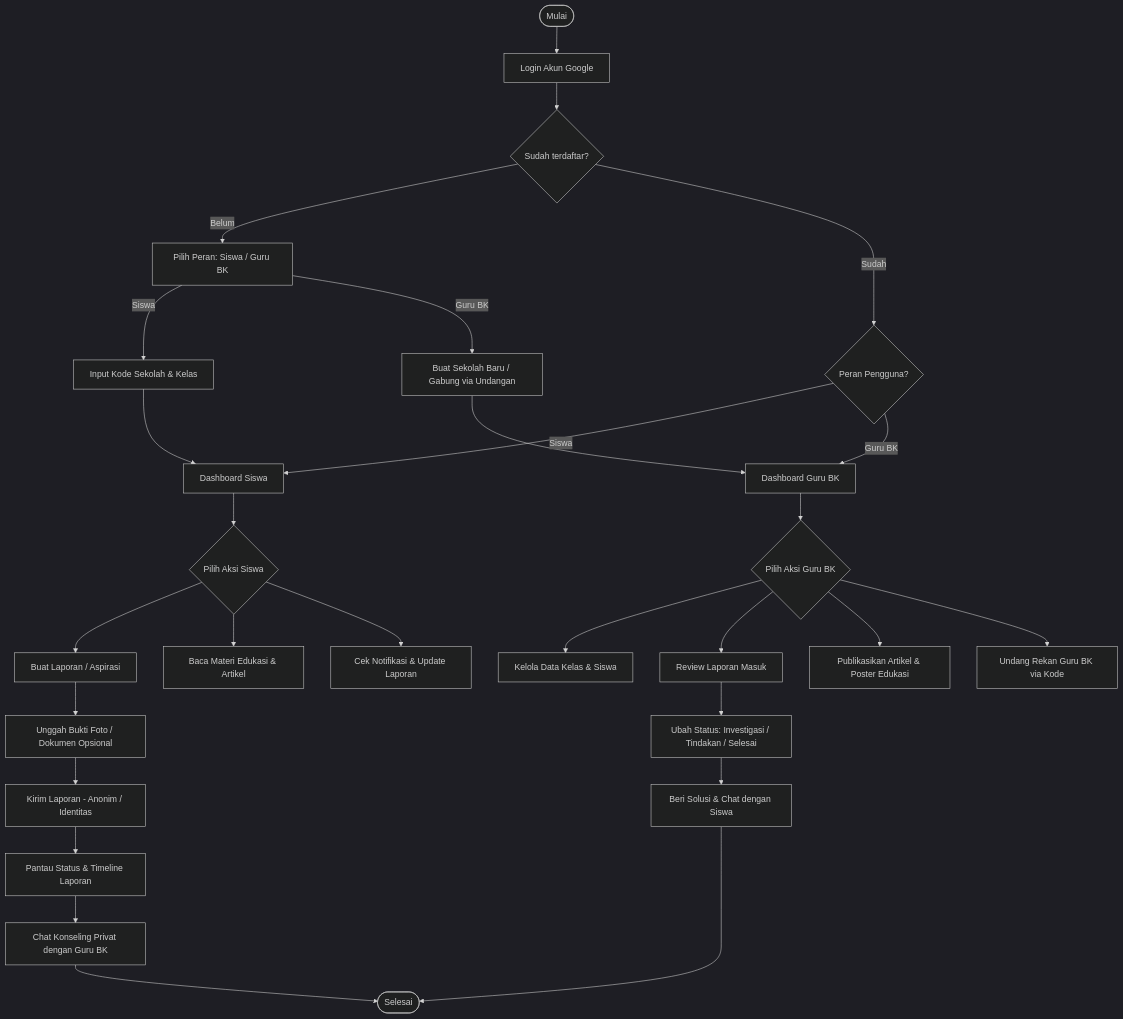
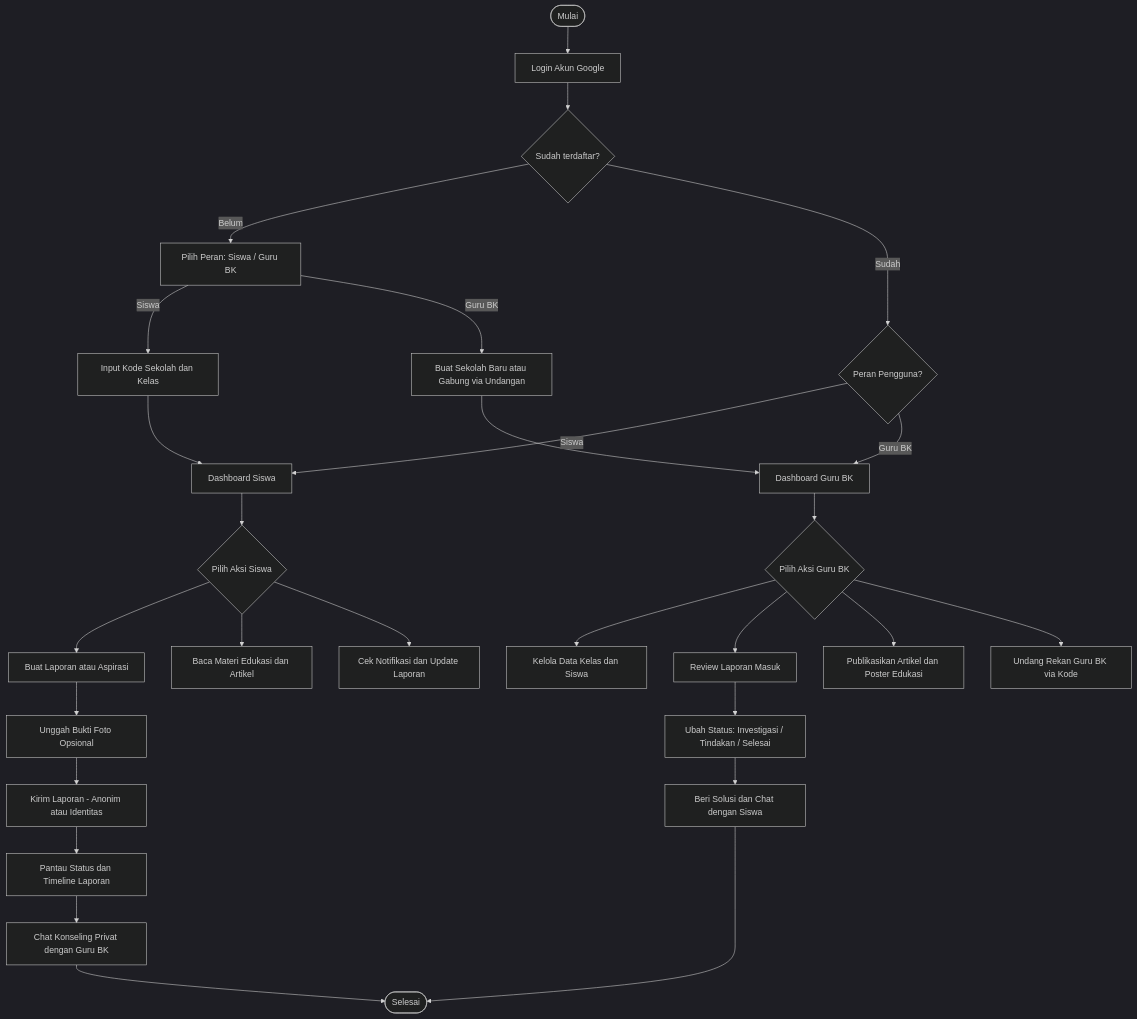
Before and after one commit to wahyuhidayatwyh-boop/APK-suarasiswa: the first of 7 diagrams in README.md, drawn with Mermaid (dark theme). The commit also changed other lines of this file, not shown here.

Commit message:
fix(docs): optimize mermaid diagrams syntax for GitHub markdown renderer

````diff
--- a/README.md
+++ b/README.md
@@ -28,39 +28,39 @@
 ```mermaid
 flowchart TD
     Start([Mulai]) --> Login[Login Akun Google]
     Login --> CheckUser{Sudah terdaftar?}
     
-    CheckUser -- Belum --> RoleSelect[Pilih Peran: Siswa / Guru BK]
-    CheckUser -- Sudah --> CheckRole{Peran Pengguna?}
+    CheckUser -->|Belum| RoleSelect[Pilih Peran: Siswa / Guru BK]
+    CheckUser -->|Sudah| CheckRole{Peran Pengguna?}
     
     %% Alur Siswa
-    RoleSelect -- Siswa --> JoinSchool[Input Kode Sekolah & Kelas]
+    RoleSelect -->|Siswa| JoinSchool[Input Kode Sekolah dan Kelas]
     JoinSchool --> StudentHome[Dashboard Siswa]
-    CheckRole -- Siswa --> StudentHome
+    CheckRole -->|Siswa| StudentHome
     
     StudentHome --> ActionStudent{Pilih Aksi Siswa}
-    ActionStudent --> CreateReport[Buat Laporan / Aspirasi]
-    CreateReport --> UploadProof[Unggah Bukti Foto / Dokumen Opsional]
-    UploadProof --> SubmitReport[Kirim Laporan - Anonim / Identitas]
-    SubmitReport --> TrackReport[Pantau Status & Timeline Laporan]
+    ActionStudent --> CreateReport[Buat Laporan atau Aspirasi]
+    CreateReport --> UploadProof[Unggah Bukti Foto Opsional]
+    UploadProof --> SubmitReport[Kirim Laporan - Anonim atau Identitas]
+    SubmitReport --> TrackReport[Pantau Status dan Timeline Laporan]
     TrackReport --> ChatCounselor[Chat Konseling Privat dengan Guru BK]
     
-    ActionStudent --> ReadEdu[Baca Materi Edukasi & Artikel]
-    ActionStudent --> CheckNotif[Cek Notifikasi & Update Laporan]
+    ActionStudent --> ReadEdu[Baca Materi Edukasi dan Artikel]
+    ActionStudent --> CheckNotif[Cek Notifikasi dan Update Laporan]
     
     %% Alur Guru BK
-    RoleSelect -- Guru BK --> SchoolSetup[Buat Sekolah Baru / Gabung via Undangan]
+    RoleSelect -->|Guru BK| SchoolSetup[Buat Sekolah Baru atau Gabung via Undangan]
     SchoolSetup --> CounselorHome[Dashboard Guru BK]
-    CheckRole -- Guru BK --> CounselorHome
+    CheckRole -->|Guru BK| CounselorHome
     
     CounselorHome --> ActionCounselor{Pilih Aksi Guru BK}
-    ActionCounselor --> ManageClass[Kelola Data Kelas & Siswa]
+    ActionCounselor --> ManageClass[Kelola Data Kelas dan Siswa]
     ActionCounselor --> ManageReports[Review Laporan Masuk]
     ManageReports --> UpdateStatus[Ubah Status: Investigasi / Tindakan / Selesai]
-    UpdateStatus --> ChatStudent[Beri Solusi & Chat dengan Siswa]
-    ActionCounselor --> PublishContent[Publikasikan Artikel & Poster Edukasi]
+    UpdateStatus --> ChatStudent[Beri Solusi dan Chat dengan Siswa]
+    ActionCounselor --> PublishContent[Publikasikan Artikel dan Poster Edukasi]
     ActionCounselor --> InviteCounselor[Undang Rekan Guru BK via Kode]
     
     ChatCounselor --> End([Selesai])
     ChatStudent --> End
 ```
````
